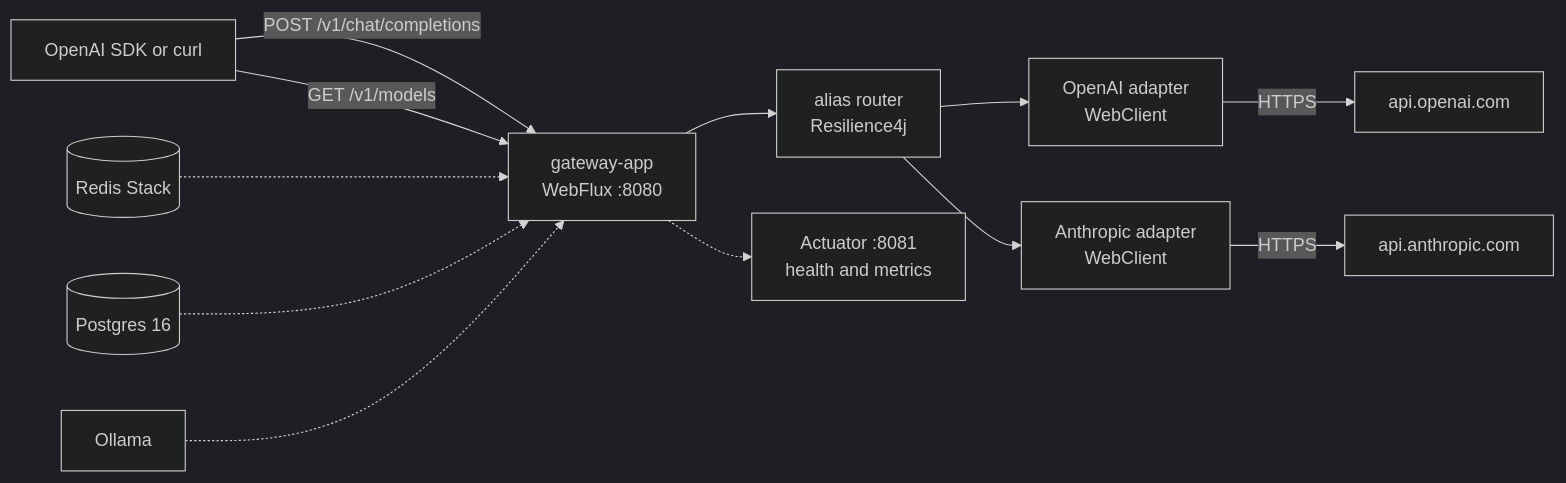
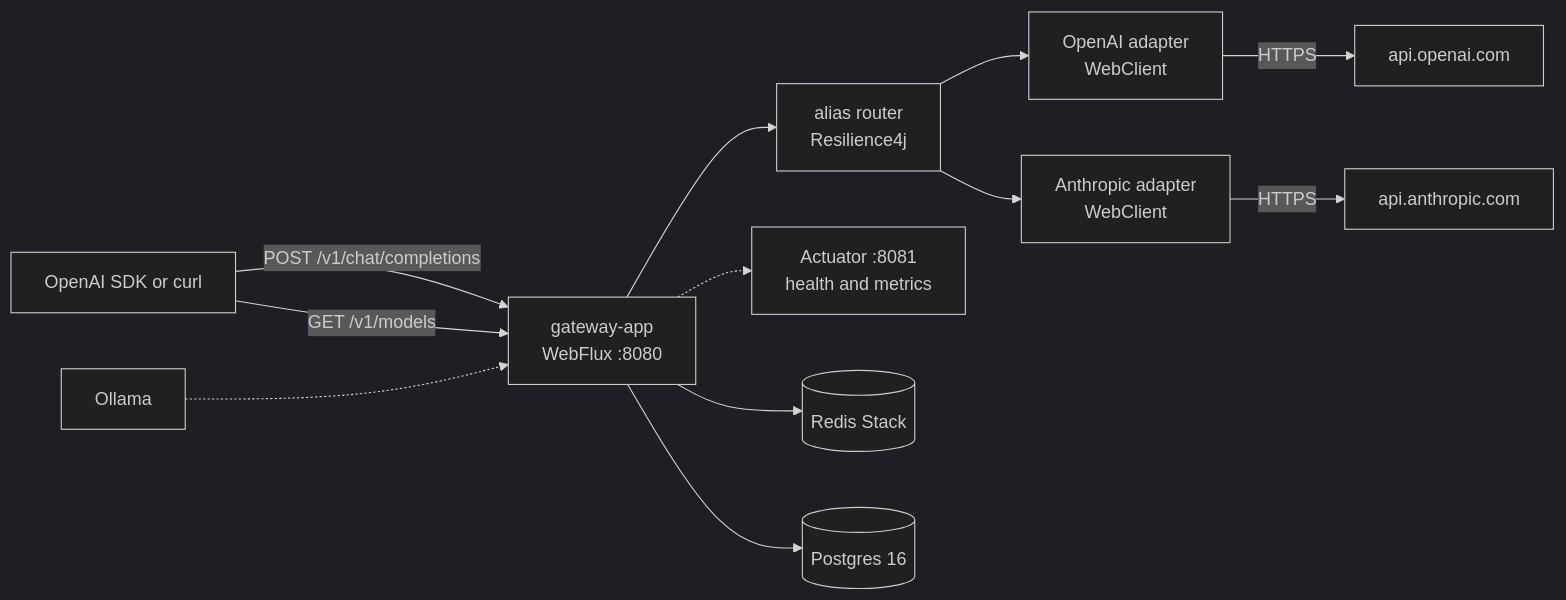
The diagram in README.md (guptagautam768/jvm-llm-gateway), drawn with Mermaid (dark theme) before and after one commit. The commit also changed other lines of this file and 66 other files, not shown here.

````diff
--- a/README.md
+++ b/README.md
@@ -50,26 +67,26 @@
 ```mermaid
 flowchart LR
   client["OpenAI SDK or curl"]
   app["gateway-app\nWebFlux :8080"]
   route["alias router\nResilience4j"]
   openai["OpenAI adapter\nWebClient"]
   anthropic["Anthropic adapter\nWebClient"]
   openaiApi["api.openai.com"]
   anthropicApi["api.anthropic.com"]
   actuator["Actuator :8081\nhealth and metrics"]
   redis[("Redis Stack")]
   postgres[("Postgres 16")]
   ollama["Ollama"]
 
   client -->|POST /v1/chat/completions| app
   client -->|GET /v1/models| app
   app --> route
   route --> openai
   route --> anthropic
   openai -->|HTTPS| openaiApi
   anthropic -->|HTTPS| anthropicApi
+  app --> redis
+  app --> postgres
   app -.-> actuator
-  redis -.-> app
-  postgres -.-> app
   ollama -.-> app
 ```
````
